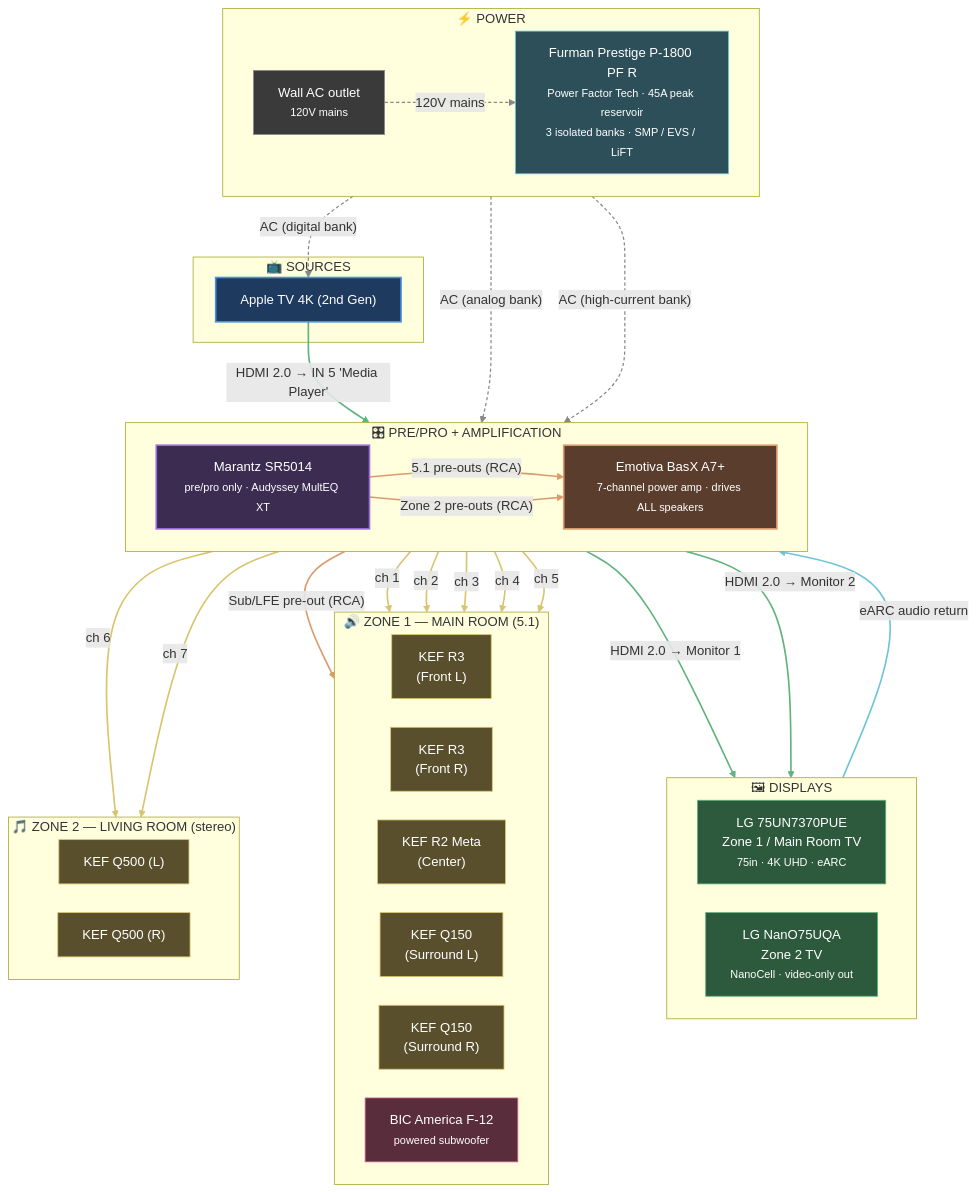
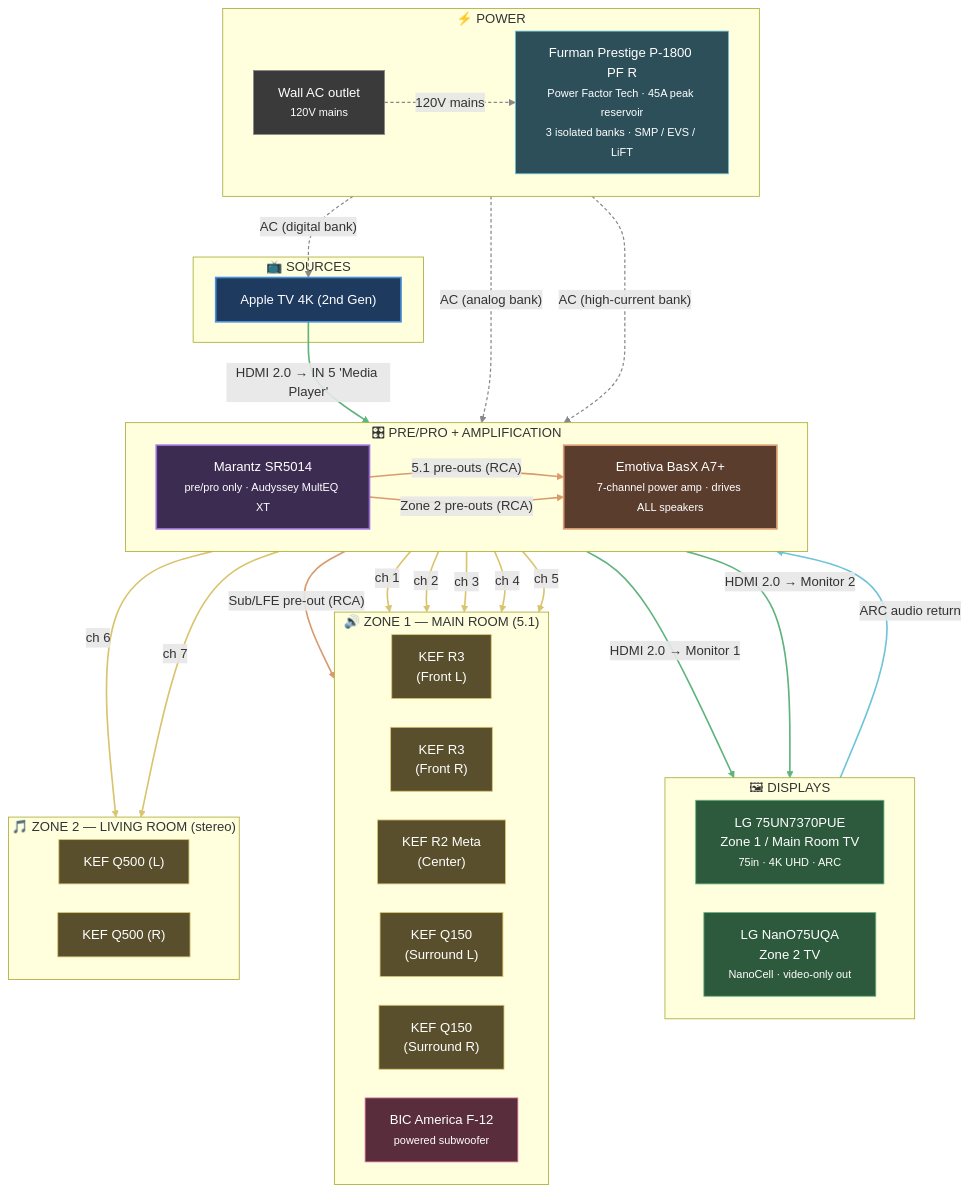
Before and after one commit to duhnz20/home-audio: the diagram in signal-chain.md, drawn with Mermaid. The commit also changed other lines of this file and 4 other files, not shown here.

```diff
--- a/signal-chain.md
+++ b/signal-chain.md
@@ -34,7 +36,7 @@
     %% ============ DISPLAYS ============
     subgraph DISPLAYS["🖼  DISPLAYS"]
         direction LR
-        TV1["LG 75UN7370PUE<br/>Zone 1 / Main Room TV<br/><small>75in · 4K UHD · eARC</small>"]:::display
+        TV1["LG 75UN7370PUE<br/>Zone 1 / Main Room TV<br/><small>75in · 4K UHD · ARC</small>"]:::display
         TV2["LG NanO75UQA<br/>Zone 2 TV<br/><small>NanoCell · video-only out</small>"]:::display
     end
 
@@ -69,7 +71,7 @@
 
     %% 1-2: HDMI to Zone 1 TV (video out + eARC return on same cable)
     SR5014   -- "HDMI 2.0 → Monitor 1" --> TV1
-    TV1      -- "eARC audio return"    --> SR5014
+    TV1      -- "ARC audio return"     --> SR5014
 
     %% 3: HDMI to Zone 2 TV (video out only)
     SR5014   -- "HDMI 2.0 → Monitor 2" --> TV2
```
